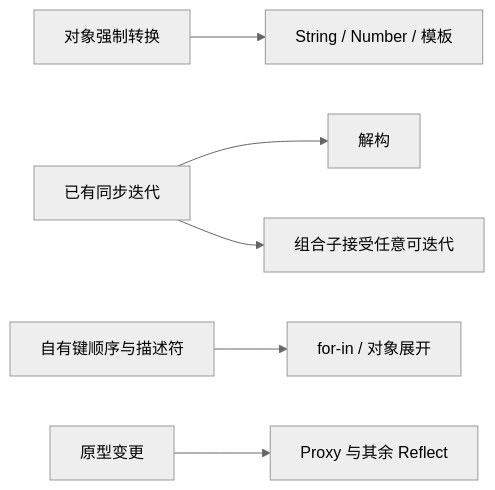
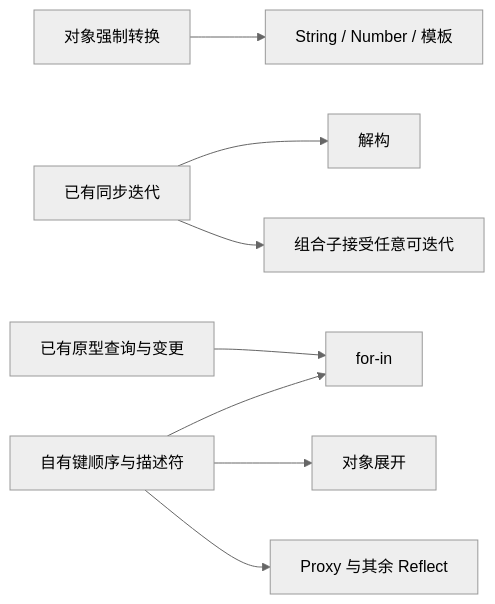
Before and after one commit to codehz/yield-js: the diagram in docs/gaps.md, drawn with Mermaid (neutral theme). The commit also changed other lines of this file and 9 other files, not shown here.

````diff
--- a/docs/gaps.md
+++ b/docs/gaps.md
@@ -94,8 +94,10 @@
 ```mermaid
 flowchart LR
   C[对象强制转换] --> S[String / Number / 模板]
   I[已有同步迭代] --> D[解构]
   I --> P[组合子接受任意可迭代]
-  E[自有键顺序与描述符] --> N[for-in / 对象展开]
-  K[原型变更] --> R[Proxy 与其余 Reflect]
+  E[自有键顺序与描述符] --> N[for-in]
+  E --> O[对象展开]
+  K[已有原型查询与变更] --> N
+  E --> R[Proxy 与其余 Reflect]
 ```
````
